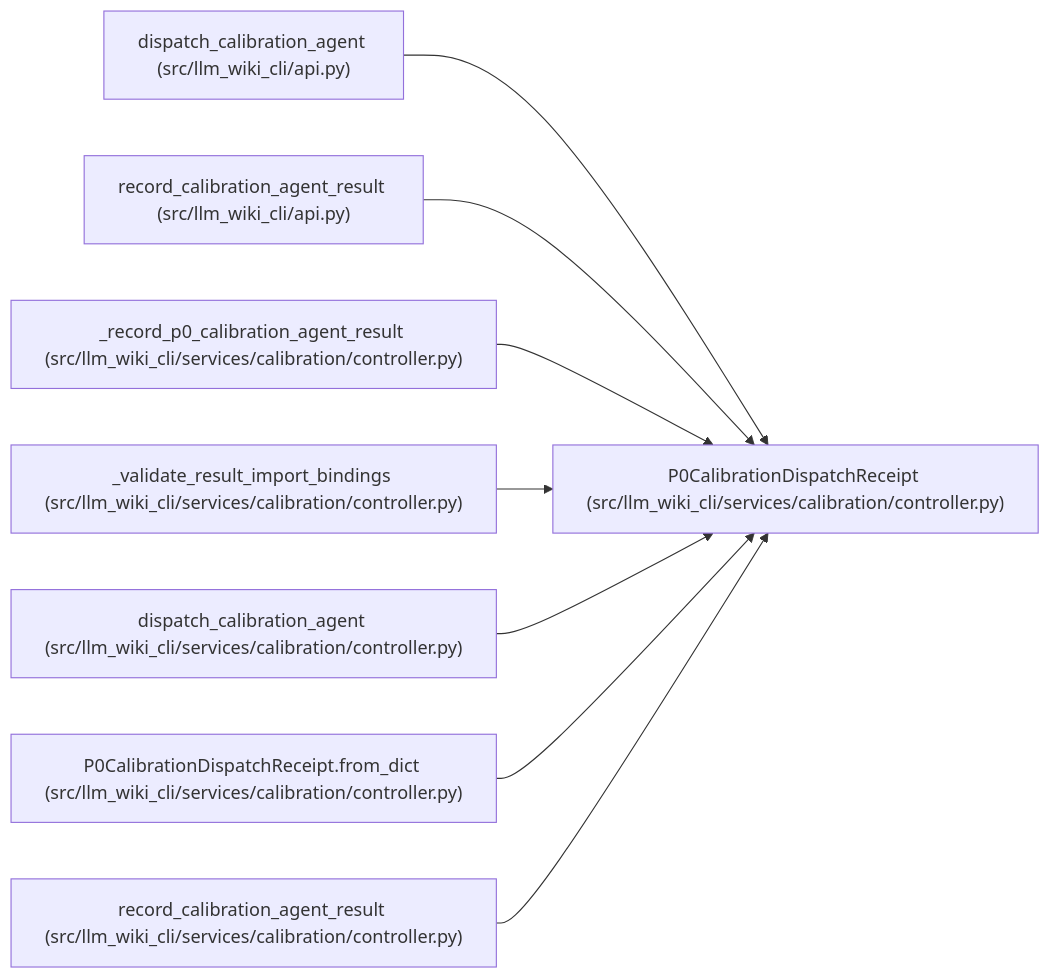
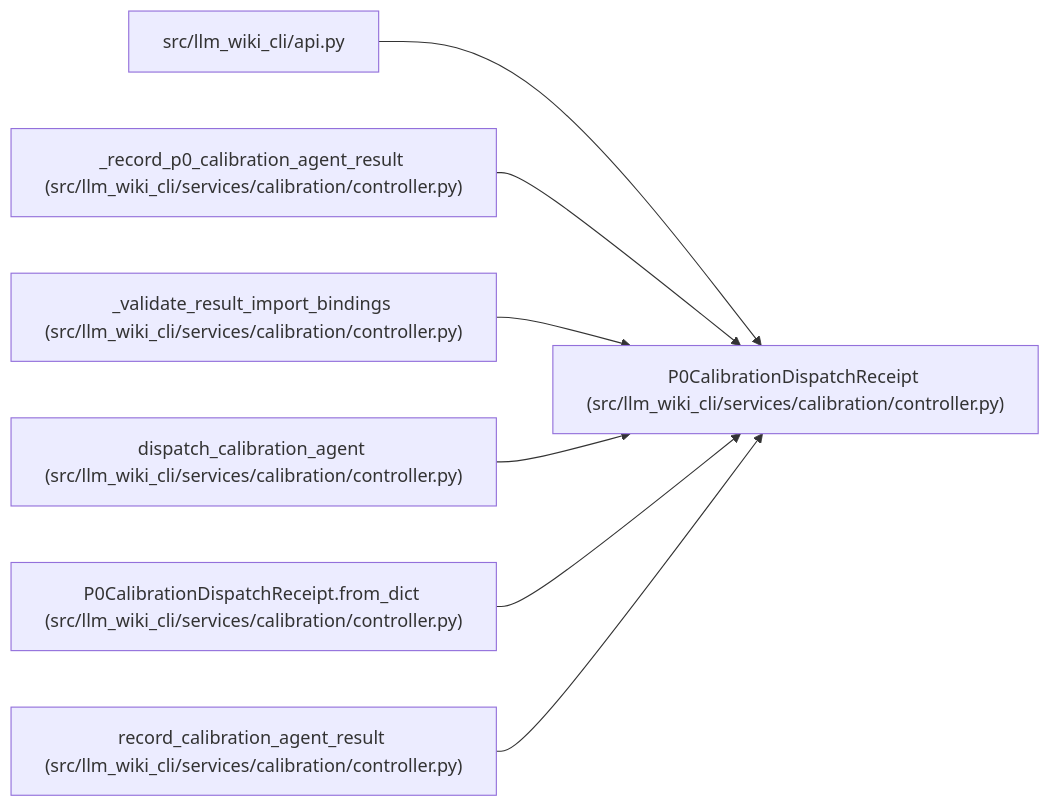
Before and after one commit to Denissvgn/python-wiki-llm: the diagram in docs/llm_wiki/entities/P0CalibrationDispatchReceipt.md, drawn with Mermaid. The commit also changed other lines of this file and 631 other files, not shown here.

````diff
--- a/docs/llm_wiki/entities/P0CalibrationDispatchReceipt.md
+++ b/docs/llm_wiki/entities/P0CalibrationDispatchReceipt.md
@@ -32,26 +32,23 @@
 ```mermaid
 flowchart LR
     n0["P0CalibrationDispatchReceipt (src/llm_wiki_cli/services/calibration/controller.py)"]
-    n1["dispatch_calibration_agent (src/llm_wiki_cli/api.py)"]
-    n2["record_calibration_agent_result (src/llm_wiki_cli/api.py)"]
-    n3["_record_p0_calibration_agent_result (src/llm_wiki_cli/services/calibration/controller.py)"]
-    n4["_validate_result_import_bindings (src/llm_wiki_cli/services/calibration/controller.py)"]
-    n5["dispatch_calibration_agent (src/llm_wiki_cli/services/calibration/controller.py)"]
-    n6["P0CalibrationDispatchReceipt.from_dict (src/llm_wiki_cli/services/calibration/controller.py)"]
-    n7["record_calibration_agent_result (src/llm_wiki_cli/services/calibration/controller.py)"]
+    n1["src/llm_wiki_cli/api.py"]
+    n2["_record_p0_calibration_agent_result (src/llm_wiki_cli/services/calibration/controller.py)"]
+    n3["_validate_result_import_bindings (src/llm_wiki_cli/services/calibration/controller.py)"]
+    n4["dispatch_calibration_agent (src/llm_wiki_cli/services/calibration/controller.py)"]
+    n5["P0CalibrationDispatchReceipt.from_dict (src/llm_wiki_cli/services/calibration/controller.py)"]
+    n6["record_calibration_agent_result (src/llm_wiki_cli/services/calibration/controller.py)"]
     n1 --> n0
     n2 --> n0
     n3 --> n0
     n4 --> n0
     n5 --> n0
     n6 --> n0
-    n7 --> n0
     click n0 "../modules/controller.md"
     click n1 "../modules/api.md"
-    click n2 "../modules/api.md"
+    click n2 "../modules/controller.md"
     click n3 "../modules/controller.md"
     click n4 "../modules/controller.md"
     click n5 "../modules/controller.md"
     click n6 "../modules/controller.md"
-    click n7 "../modules/controller.md"
 ```
````
